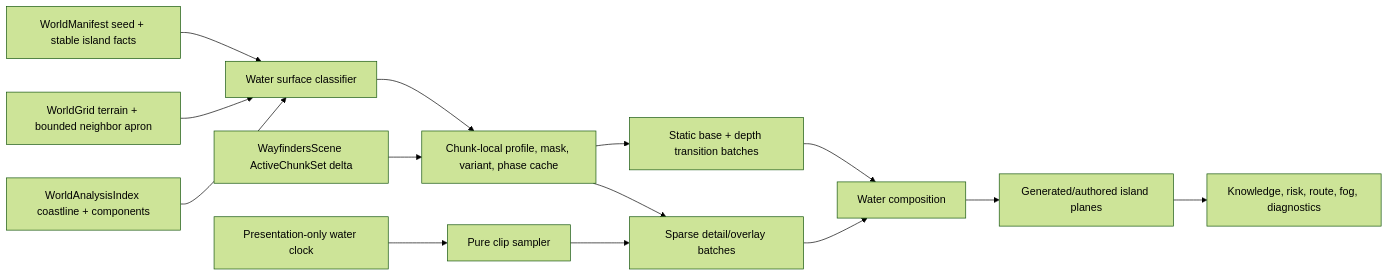
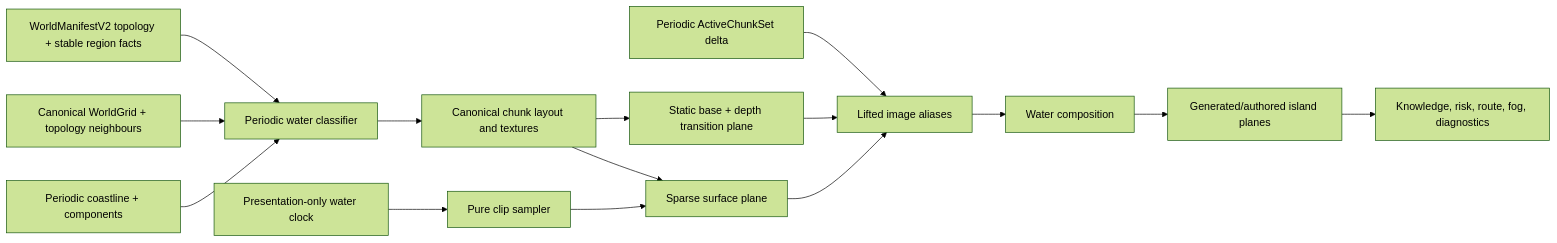
The diagram in docs/Wayfinders_Water_System_Milestone.md (anthonyoconnor/wayfinders), drawn with Mermaid (forest theme) before and after one commit. The commit also changed other lines of this file and 120 other files, not shown here.

````diff
--- a/docs/Wayfinders_Water_System_Milestone.md
+++ b/docs/Wayfinders_Water_System_Milestone.md
@@ -275,16 +293,17 @@
 ```mermaid
 flowchart LR
-    Manifest["WorldManifest seed + stable island facts"] --> Classifier["Water surface classifier"]
-    Grid["WorldGrid terrain + bounded neighbor apron"] --> Classifier
-    Analysis["WorldAnalysisIndex coastline + components"] --> Classifier
-    Classifier --> Cache["Chunk-local profile, mask, variant, phase cache"]
-    Active["WayfindersScene ActiveChunkSet delta"] --> Cache
-    Cache --> Base["Static base + depth transition batches"]
-    Cache --> Details["Sparse detail/overlay batches"]
+    Manifest["WorldManifestV2 topology + stable region facts"] --> Classifier["Periodic water classifier"]
+    Grid["Canonical WorldGrid + topology neighbours"] --> Classifier
+    Analysis["Periodic coastline + components"] --> Classifier
+    Classifier --> Owners["Canonical chunk layout and textures"]
+    Active["Periodic ActiveChunkSet delta"] --> Aliases["Lifted image aliases"]
+    Owners --> Base["Static base + depth transition plane"]
+    Owners --> Details["Sparse surface plane"]
     Clock["Presentation-only water clock"] --> Sampler["Pure clip sampler"]
     Sampler --> Details
-    Base --> Composite["Water composition"]
-    Details --> Composite
+    Base --> Aliases
+    Details --> Aliases
+    Aliases --> Composite["Water composition"]
     Composite --> Islands["Generated/authored island planes"]
     Islands --> Knowledge["Knowledge, risk, route, fog, diagnostics"]
 ```
````
